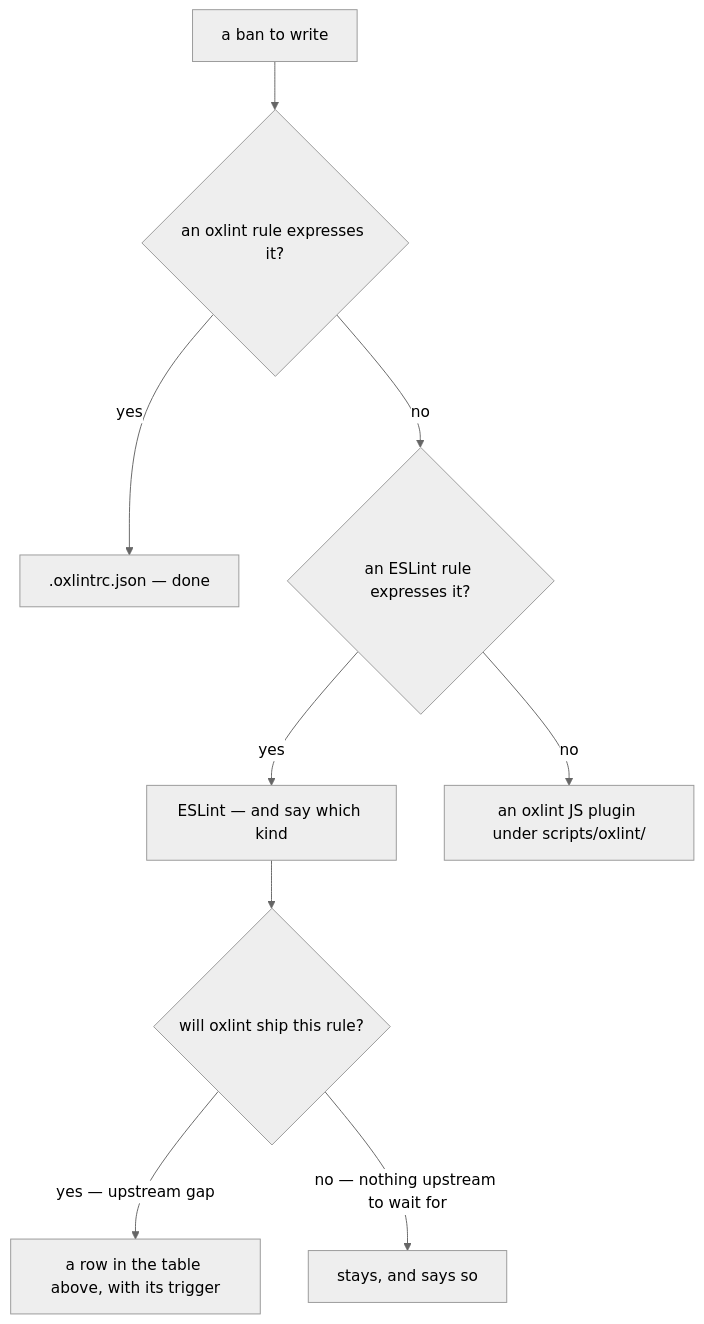
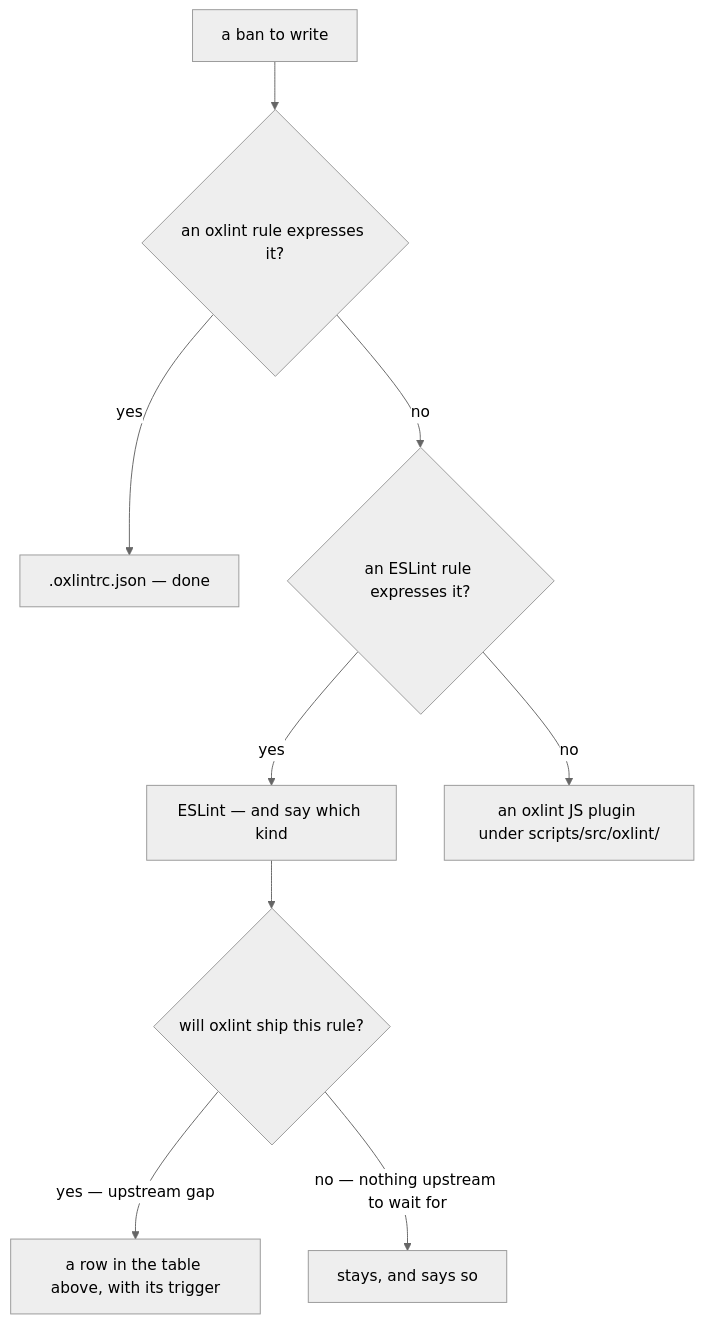
The second of 2 diagrams in apps/web/content/docs/proposals/refactors/eslint-to-oxlint-migration.md (Esposter/Esposter), drawn with Mermaid (neutral theme) before and after one commit. The commit also changed 218 other files, not shown here.

First line of the commit message:
refactor(scripts): the tooling tree gets the src/ a package has, before it is one

````diff
--- a/apps/web/content/docs/proposals/refactors/eslint-to-oxlint-migration.md
+++ b/apps/web/content/docs/proposals/refactors/eslint-to-oxlint-migration.md
@@ -61,11 +61,11 @@
 ```mermaid
 flowchart TD
   BAN["a ban to write"] --> OX{"an oxlint rule expresses it?"}
   OX -->|"yes"| OXLINT[".oxlintrc.json — done"]
   OX -->|"no"| ES{"an ESLint rule expresses it?"}
   ES -->|"yes"| ESLINT["ESLint — and say which kind"]
-  ES -->|"no"| PLUGIN["an oxlint JS plugin under scripts/oxlint/"]
+  ES -->|"no"| PLUGIN["an oxlint JS plugin under scripts/src/oxlint/"]
   ESLINT --> KIND{"will oxlint ship this rule?"}
   KIND -->|"yes — upstream gap"| TABLE["a row in the table above, with its trigger"]
   KIND -->|"no — nothing upstream to wait for"| PARK["stays, and says so"]
 ```
````
